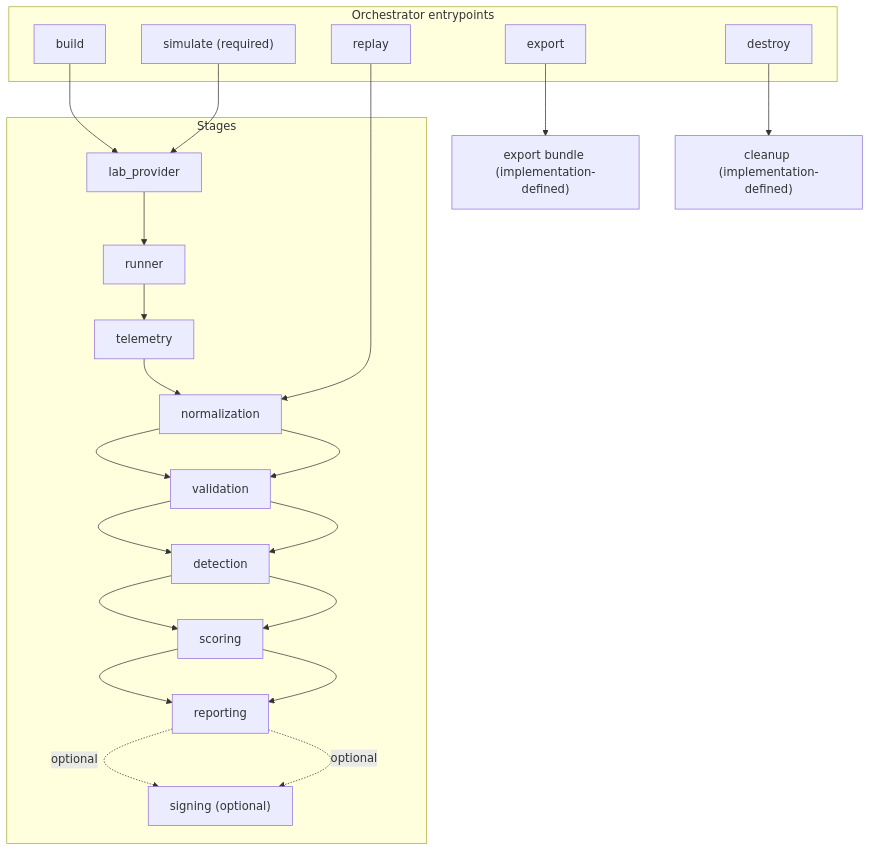
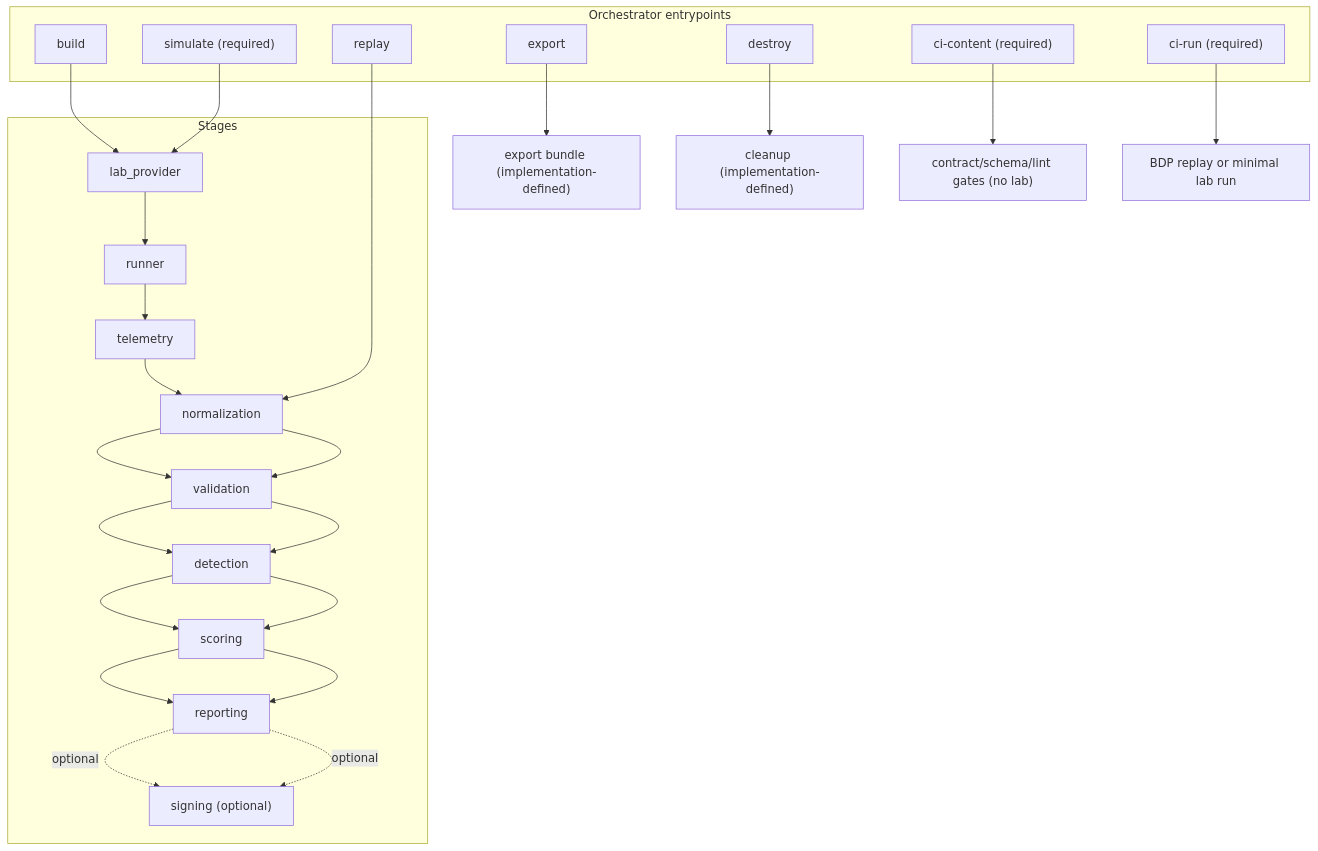
Before and after one commit to JochiRaider/purple-axiom: the third of 4 diagrams in README.md, drawn with Mermaid. The commit also changed other lines of this file and 9 other files, not shown here.

````diff
--- a/README.md
+++ b/README.md
@@ -238,33 +265,37 @@
 ```mermaid
 flowchart TB
   subgraph verbs["Orchestrator entrypoints"]
     build["build"]
     simulate["simulate (required)"]
     replay["replay"]
     exportv["export"]
     destroy["destroy"]
+    cicontent["ci-content (required)"]
+    cirun["ci-run (required)"]
   end
 
   subgraph stages["Stages"]
     lp["lab_provider"]
     run["runner"]
     tel["telemetry"]
     norm["normalization"]
     val["validation"]
     det["detection"]
     score["scoring"]
     rep["reporting"]
     sign["signing (optional)"]
   end
 
   build --> lp
 
   simulate --> lp --> run --> tel --> norm --> val --> det --> score --> rep
   rep -. "optional" .-> sign
 
   replay --> norm --> val --> det --> score --> rep
   rep -. "optional" .-> sign
 
   exportv --> bundle["export bundle (implementation-defined)"]
   destroy --> cleanup["cleanup (implementation-defined)"]
+  cicontent --> content["contract/schema/lint gates (no lab)"]
+  cirun --> runbdp["BDP replay or minimal lab run"]
 ```
````
